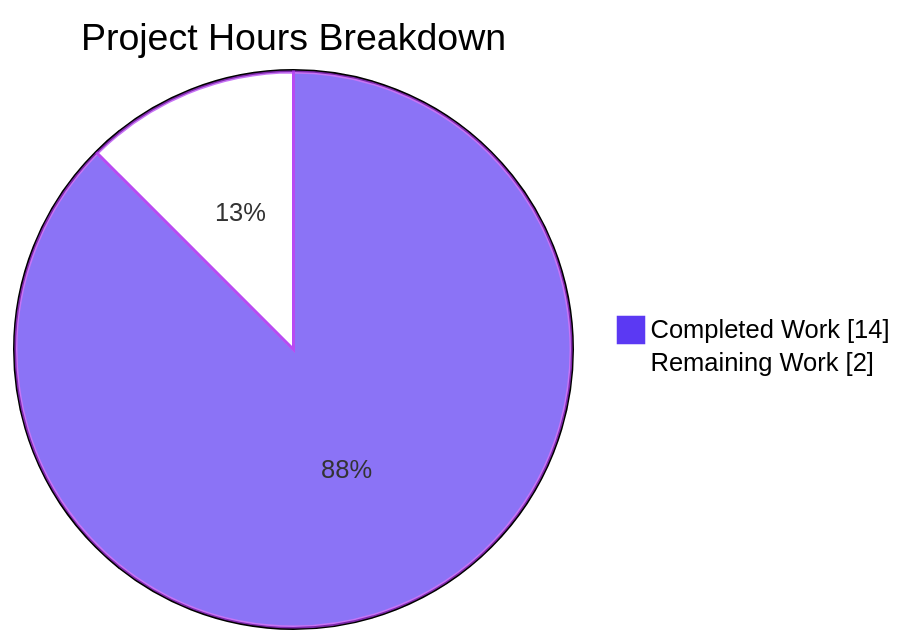
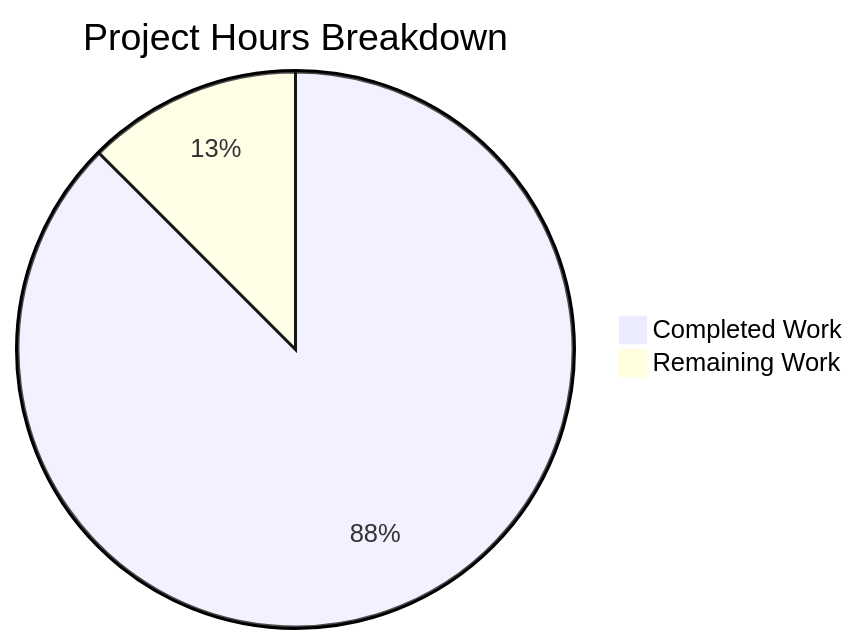
The second of 4 diagrams in blitzy/documentation/Project Guide.md (shaliniblitzy/20April_-), drawn with Mermaid before and after one commit. The commit also changed other lines of this file, not shown here.

Commit message:
Adding Blitzy Project Guide: Project Status and Human Tasks Remaining

````diff
--- a/blitzy/documentation/Project Guide.md
+++ b/blitzy/documentation/Project Guide.md
@@ -230,7 +254,5 @@
 ```mermaid
-%%{init: {"pie": {"textPosition": 0.5}, "themeVariables": {"pieOuterStrokeWidth": "2px", "pie1": "#5B39F3", "pie2": "#FFFFFF", "pieStrokeColor": "#B23AF2"}}}%%
-pie showData
-    title Project Hours Breakdown
-    "Completed Work" : 14
-    "Remaining Work" : 2
+pie title Project Hours Breakdown
+    "Completed Work" : 7
+    "Remaining Work" : 1
 ```
````
